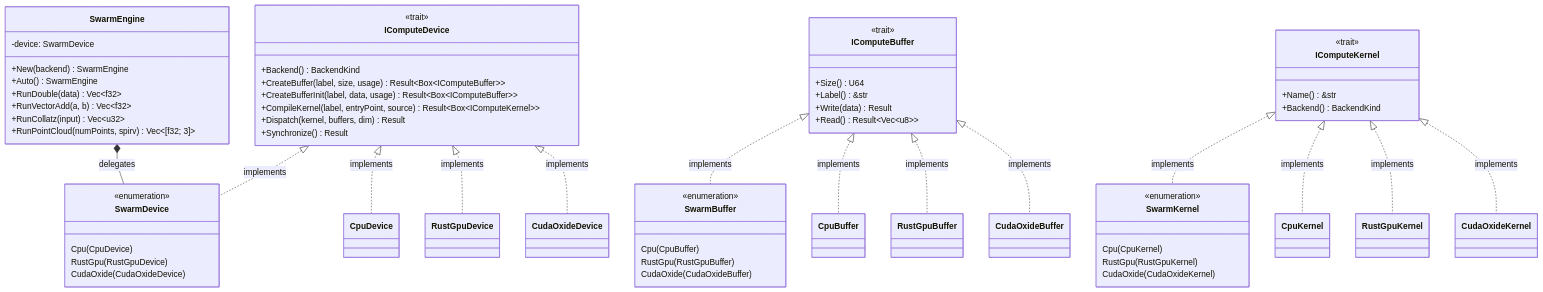
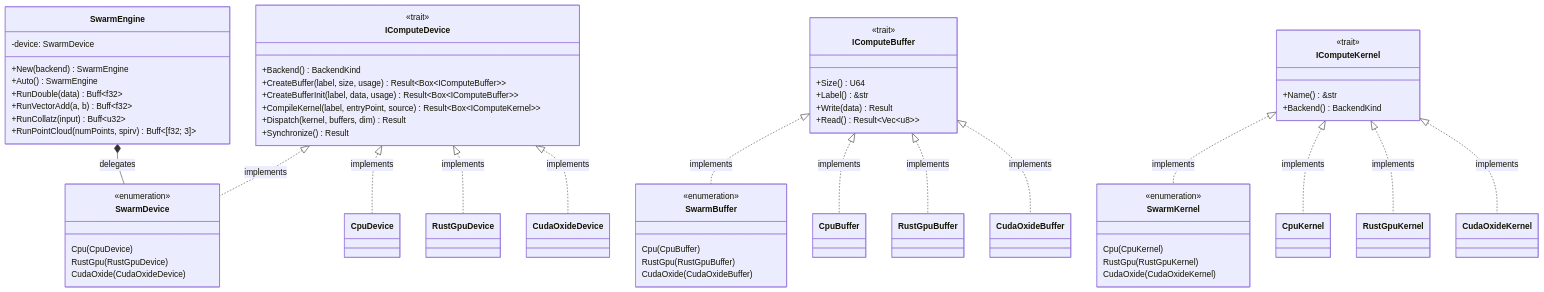
Before and after one commit to jswarup/Kosh: the first of 2 diagrams in wiki/Swarm.md, drawn with Mermaid. The commit also changed other lines of this file and 19 other files, not shown here.

Commit message:
Replace Vec with Buff project-wide and implement Trait extensions

````diff
--- a/wiki/Swarm.md
+++ b/wiki/Swarm.md
@@ -15,74 +15,74 @@
 ```mermaid
 classDiagram
     class IComputeDevice {
         <<trait>>
         +Backend() BackendKind
         +CreateBuffer(label, size, usage) Result~Box~IComputeBuffer~~
         +CreateBufferInit(label, data, usage) Result~Box~IComputeBuffer~~
         +CompileKernel(label, entryPoint, source) Result~Box~IComputeKernel~~
         +Dispatch(kernel, buffers, dim) Result
         +Synchronize() Result
     }
 
     class IComputeBuffer {
         <<trait>>
         +Size() U64
         +Label() &str
         +Write(data) Result
         +Read() Result~Vec~u8~~
     }
 
     class IComputeKernel {
         <<trait>>
         +Name() &str
         +Backend() BackendKind
     }
 
     class SwarmEngine {
         -device: SwarmDevice
         +New(backend) SwarmEngine
         +Auto() SwarmEngine
-        +RunDouble(data) Vec~f32~
-        +RunVectorAdd(a, b) Vec~f32~
-        +RunCollatz(input) Vec~u32~
-        +RunPointCloud(numPoints, spirv) Vec~[f32; 3]~
+        +RunDouble(data) Buff~f32~
+        +RunVectorAdd(a, b) Buff~f32~
+        +RunCollatz(input) Buff~u32~
+        +RunPointCloud(numPoints, spirv) Buff~[f32; 3]~
     }
 
     class SwarmDevice {
         <<enumeration>>
         Cpu(CpuDevice)
         RustGpu(RustGpuDevice)
         CudaOxide(CudaOxideDevice)
     }
 
     class SwarmBuffer {
         <<enumeration>>
         Cpu(CpuBuffer)
         RustGpu(RustGpuBuffer)
         CudaOxide(CudaOxideBuffer)
     }
 
     class SwarmKernel {
         <<enumeration>>
         Cpu(CpuKernel)
         RustGpu(RustGpuKernel)
         CudaOxide(CudaOxideKernel)
     }
 
     IComputeDevice <|.. SwarmDevice : implements
     IComputeDevice <|.. CpuDevice : implements
     IComputeDevice <|.. RustGpuDevice : implements
     IComputeDevice <|.. CudaOxideDevice : implements
 
     IComputeBuffer <|.. SwarmBuffer : implements
     IComputeBuffer <|.. CpuBuffer : implements
     IComputeBuffer <|.. RustGpuBuffer : implements
     IComputeBuffer <|.. CudaOxideBuffer : implements
 
     IComputeKernel <|.. SwarmKernel : implements
     IComputeKernel <|.. CpuKernel : implements
     IComputeKernel <|.. RustGpuKernel : implements
     IComputeKernel <|.. CudaOxideKernel : implements
 
     SwarmEngine *-- SwarmDevice : delegates
 ```
````
